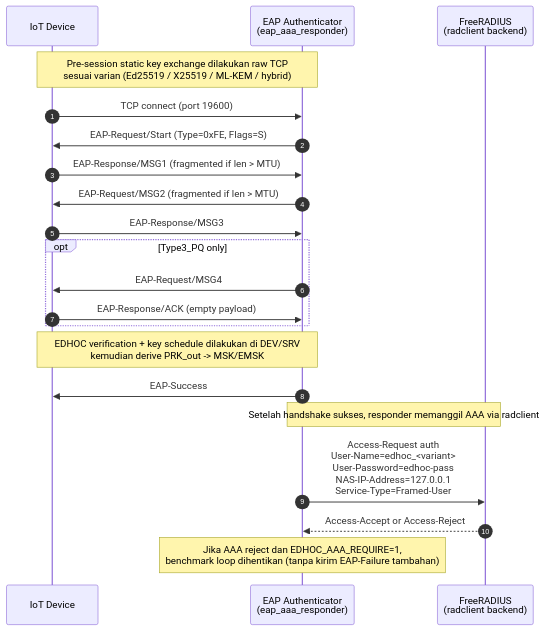
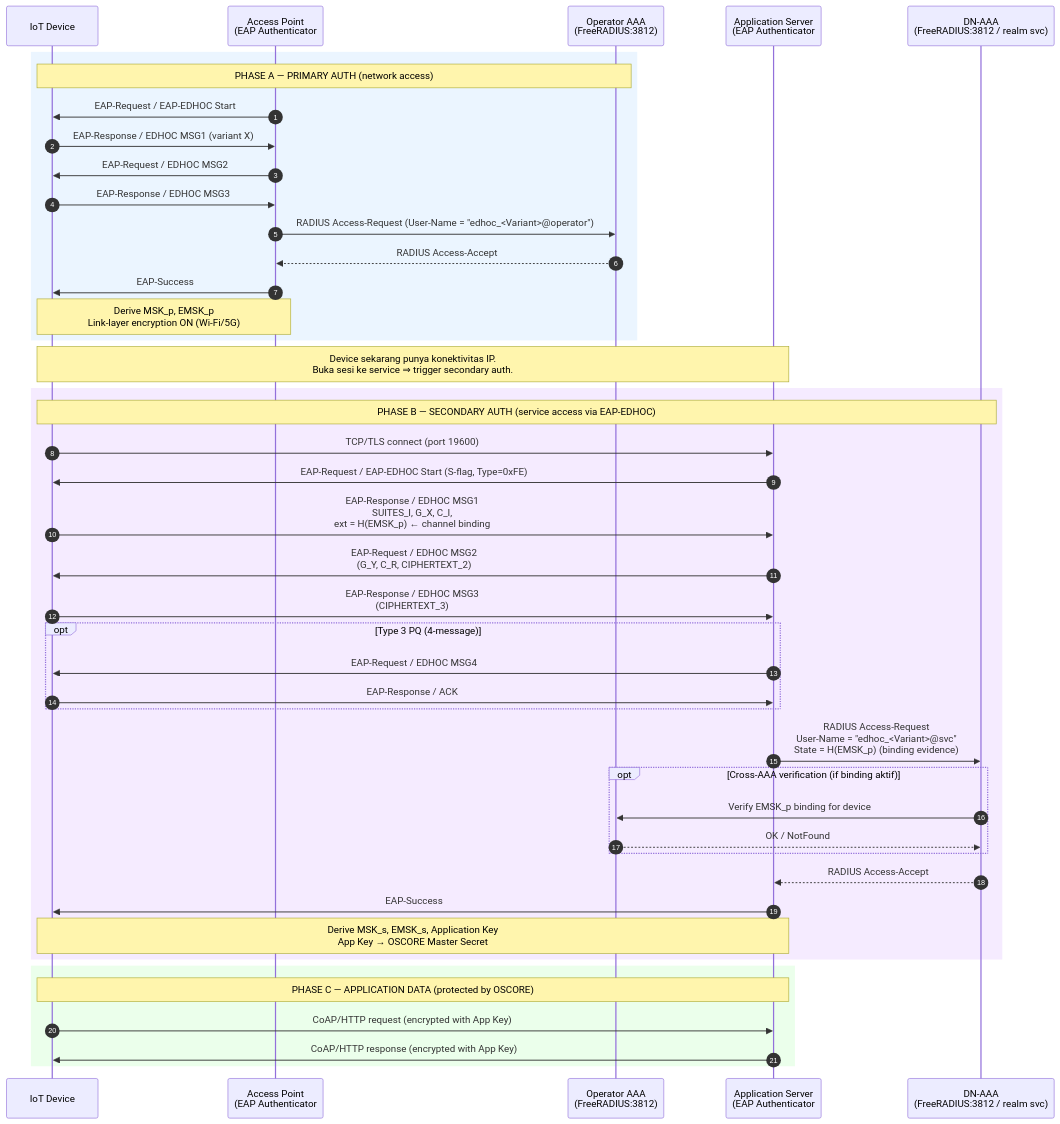
Before and after one commit to adipanca/edhoc: the first of 2 diagrams in docs/handshake_mermaid_eap_secondary_authentication.md, drawn with Mermaid.

````diff
--- a/docs/handshake_mermaid_eap_secondary_authentication.md
+++ b/docs/handshake_mermaid_eap_secondary_authentication.md
@@ -60,28 +60,52 @@
 ```mermaid
+
 sequenceDiagram
     autonumber
     participant DEV as IoT Device
-    participant SRV as EAP Authenticator<br/>(eap_aaa_responder)
-    participant AAA as FreeRADIUS<br/>(radclient backend)
+    participant AP  as Access Point<br/>(EAP Authenticator #1)
+    participant AAA1 as Operator AAA<br/>(FreeRADIUS:3812)
+    participant SRV as Application Server<br/>(EAP Authenticator #2)
+    participant AAA2 as DN-AAA<br/>(FreeRADIUS:3812 / realm svc)
 
-    Note over DEV,SRV: Pre-session static key exchange dilakukan raw TCP<br/>sesuai varian (Ed25519 / X25519 / ML-KEM / hybrid)
-
-    DEV->>SRV: TCP connect (port 19600)
-    SRV->>DEV: EAP-Request/Start (Type=0xFE, Flags=S)
-    DEV->>SRV: EAP-Response/MSG1 (fragmented if len > MTU)
-    SRV->>DEV: EAP-Request/MSG2 (fragmented if len > MTU)
-    DEV->>SRV: EAP-Response/MSG3
-    opt Type3_PQ only
-        SRV->>DEV: EAP-Request/MSG4
-        DEV->>SRV: EAP-Response/ACK (empty payload)
+    rect rgb(235, 245, 255)
+    Note over DEV,AAA1: PHASE A — PRIMARY AUTH (network access)
+    AP->>DEV: EAP-Request / EAP-EDHOC Start
+    DEV->>AP: EAP-Response / EDHOC MSG1 (variant X)
+    AP->>DEV: EAP-Request / EDHOC MSG2
+    DEV->>AP: EAP-Response / EDHOC MSG3
+    AP->>AAA1: RADIUS Access-Request (User-Name = "edhoc_<Variant>@operator")
+    AAA1-->>AP: RADIUS Access-Accept
+    AP->>DEV: EAP-Success
+    Note over DEV,AP: Derive MSK_p, EMSK_p<br/>Link-layer encryption ON (Wi-Fi/5G)
     end
 
-    Note over DEV,SRV: EDHOC verification + key schedule dilakukan di DEV/SRV<br/>kemudian derive PRK_out -> MSK/EMSK
+    Note over DEV,SRV: Device sekarang punya konektivitas IP.<br/>Buka sesi ke service ⇒ trigger secondary auth.
+
+    rect rgb(245, 235, 255)
+    Note over DEV,AAA2: PHASE B — SECONDARY AUTH (service access via EAP-EDHOC)
+    DEV->>SRV: TCP/TLS connect (port 19600)
+    SRV->>DEV: EAP-Request / EAP-EDHOC Start (S-flag, Type=0xFE)
+    DEV->>SRV: EAP-Response / EDHOC MSG1<br/>SUITES_I, G_X, C_I,<br/>ext = H(EMSK_p)  ← channel binding
+    SRV->>DEV: EAP-Request / EDHOC MSG2<br/>(G_Y, C_R, CIPHERTEXT_2)
+    DEV->>SRV: EAP-Response / EDHOC MSG3<br/>(CIPHERTEXT_3)
+    opt Type 3 PQ (4-message)
+        SRV->>DEV: EAP-Request / EDHOC MSG4
+        DEV->>SRV: EAP-Response / ACK
+    end
+
+    SRV->>AAA2: RADIUS Access-Request<br/>User-Name = "edhoc_<Variant>@svc"<br/>State = H(EMSK_p)  (binding evidence)
+    opt Cross-AAA verification (if binding aktif)
+        AAA2->>AAA1: Verify EMSK_p binding for device
+        AAA1-->>AAA2: OK / NotFound
+    end
+    AAA2-->>SRV: RADIUS Access-Accept
     SRV->>DEV: EAP-Success
+    Note over DEV,SRV: Derive MSK_s, EMSK_s, Application Key<br/>App Key → OSCORE Master Secret
+    end
 
-    Note over SRV,AAA: Setelah handshake sukses, responder memanggil AAA via radclient
-    SRV->>AAA: Access-Request auth<br/>User-Name=edhoc_<variant><br/>User-Password=edhoc-pass<br/>NAS-IP-Address=127.0.0.1<br/>Service-Type=Framed-User
-    AAA-->>SRV: Access-Accept or Access-Reject
-
-    Note over SRV: Jika AAA reject dan EDHOC_AAA_REQUIRE=1,<br/>benchmark loop dihentikan (tanpa kirim EAP-Failure tambahan)
+    rect rgb(235, 255, 235)
+    Note over DEV,SRV: PHASE C — APPLICATION DATA (protected by OSCORE)
+    DEV->>SRV: CoAP/HTTP request (encrypted with App Key)
+    SRV->>DEV: CoAP/HTTP response (encrypted with App Key)
+    end
 ```
````
